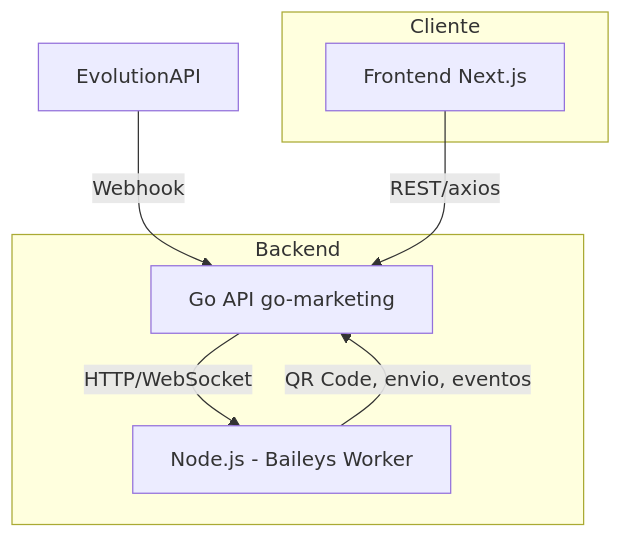
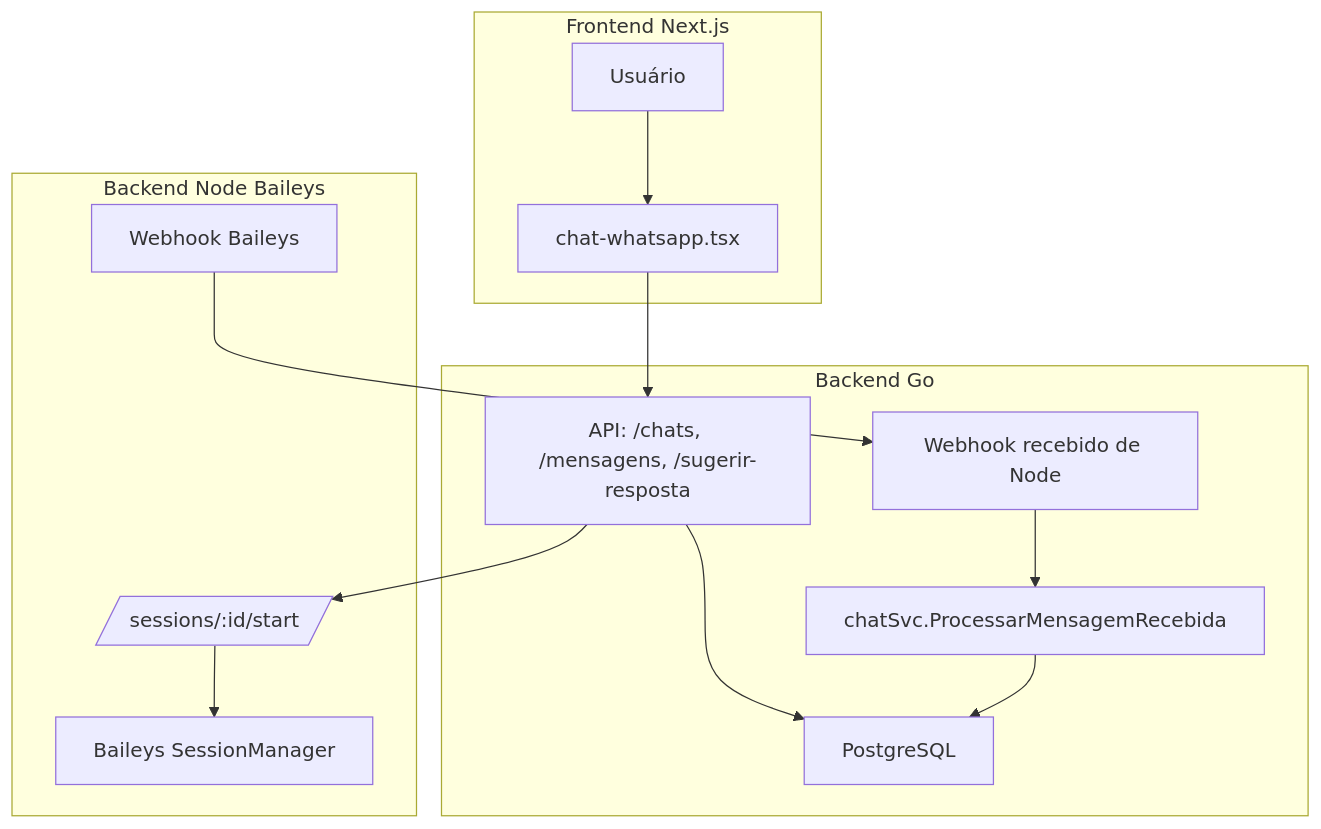
One commit to jeancarlosdanese/go-marketing changed the diagram in docs/arquitetura.md. Above: the diagram before and after it, drawn with Mermaid. The commit also changed 11 other files, not shown here.

First line of the commit message:
feat(whatsapp): integração inicial com Baileys via serviço próprio

````diff
--- a/docs/arquitetura.md
+++ b/docs/arquitetura.md
@@ -1,16 +1,20 @@
 ```mermaid
 graph TD
-  subgraph Cliente
-    C1[Frontend Next.js]
+  subgraph Frontend Next.js
+    A[Usuário] --> B[chat-whatsapp.tsx]
   end
 
-  subgraph Backend
-    G1[Go API go-marketing]
-    N1[Node.js - Baileys Worker]
+  subgraph Backend Go
+    B --> C[API: /chats, /mensagens, /sugerir-resposta]
+    E[Webhook recebido de Node] --> F[chatSvc.ProcessarMensagemRecebida]
+    C --> G[PostgreSQL]
+    F --> G
   end
 
-  EvolutionAPI -- Webhook --> G1
-  C1 -- REST/axios --> G1
-  G1 -- HTTP/WebSocket --> N1
-  N1 -- QR Code, envio, eventos --> G1
+  subgraph Backend Node Baileys
+    C2[/sessions/:id/start/] --> H[Baileys SessionManager]
+    D1[Webhook Baileys] --> E
+    C --> C2
+  end
+
 ```
````
